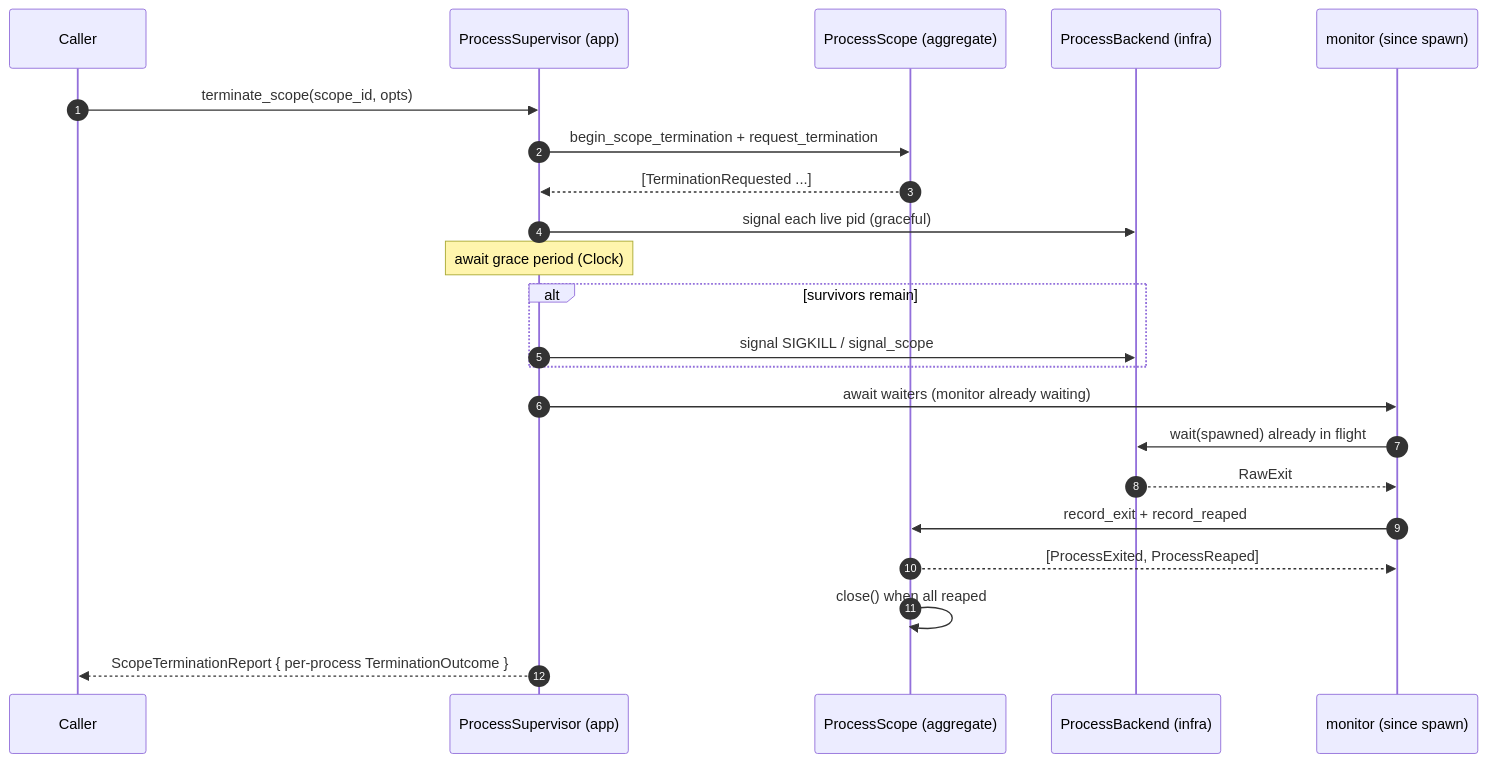
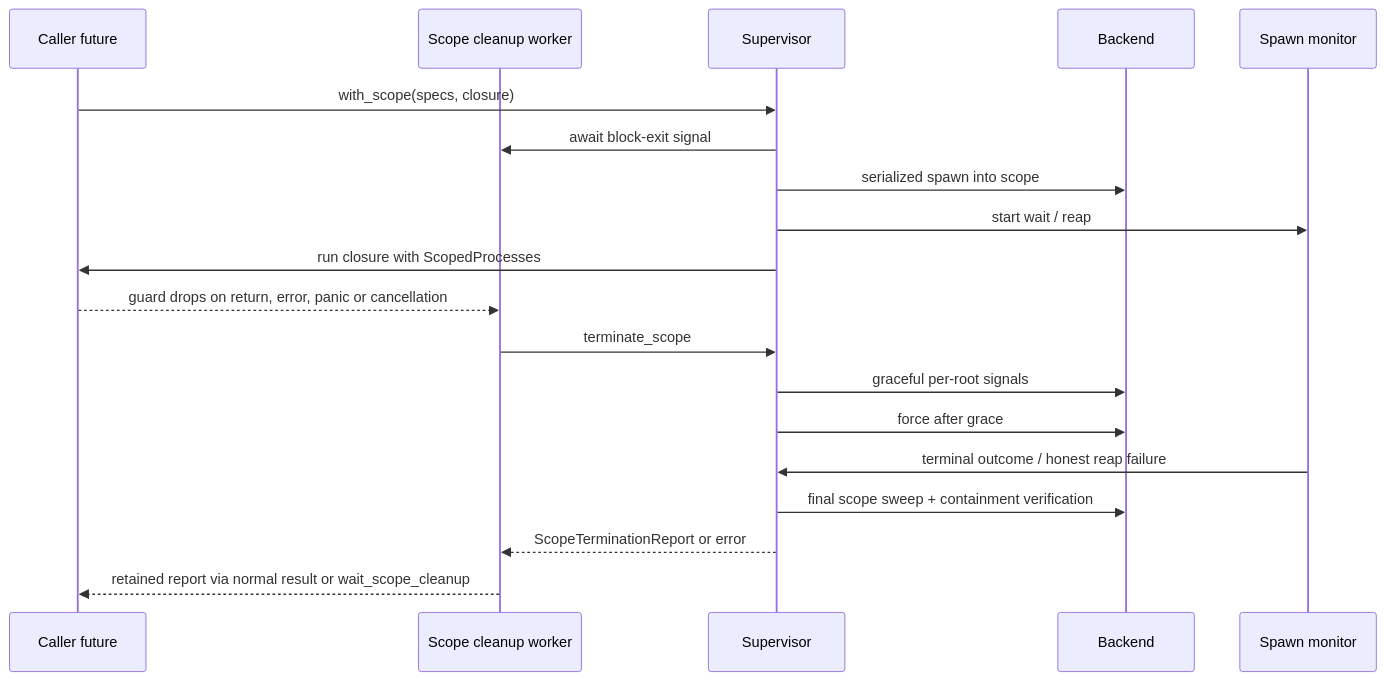
Before and after one commit to nessalabs/shepherd: the third of 5 diagrams in docs/DIAGRAMS.md, drawn with Mermaid. The commit also changed other lines of this file and 57 other files, not shown here.

````diff
--- a/docs/DIAGRAMS.md
+++ b/docs/DIAGRAMS.md
@@ -283,25 +48,21 @@
 ```mermaid
 sequenceDiagram
-    autonumber
-    participant C as Caller
-    participant S as ProcessSupervisor (app)
-    participant A as ProcessScope (aggregate)
-    participant B as ProcessBackend (infra)
-    participant M as monitor (since spawn)
-
-    C->>S: terminate_scope(scope_id, opts)
-    S->>A: begin_scope_termination + request_termination
-    A-->>S: [TerminationRequested ...]
-    S->>B: signal each live pid (graceful)
-    Note over S: await grace period (Clock)
-    alt survivors remain
-        S->>B: signal SIGKILL / signal_scope
-    end
-    S->>M: await waiters (monitor already waiting)
-    M->>B: wait(spawned) already in flight
-    B-->>M: RawExit
-    M->>A: record_exit + record_reaped
-    A-->>M: [ProcessExited, ProcessReaped]
-    A->>A: close() when all reaped
-    S-->>C: ScopeTerminationReport { per-process TerminationOutcome }
+    participant C as Caller future
+    participant W as Scope cleanup worker
+    participant S as Supervisor
+    participant B as Backend
+    participant M as Spawn monitor
+    C->>S: with_scope(specs, closure)
+    S->>W: await block-exit signal
+    S->>B: serialized spawn into scope
+    S->>M: start wait / reap
+    S->>C: run closure with ScopedProcesses
+    C-->>W: guard drops on return, error, panic or cancellation
+    W->>S: terminate_scope
+    S->>B: graceful per-root signals
+    S->>B: force after grace
+    M->>S: terminal outcome / honest reap failure
+    S->>B: final scope sweep + containment verification
+    S-->>W: ScopeTerminationReport or error
+    W-->>C: retained report via normal result or wait_scope_cleanup
 ```
````
